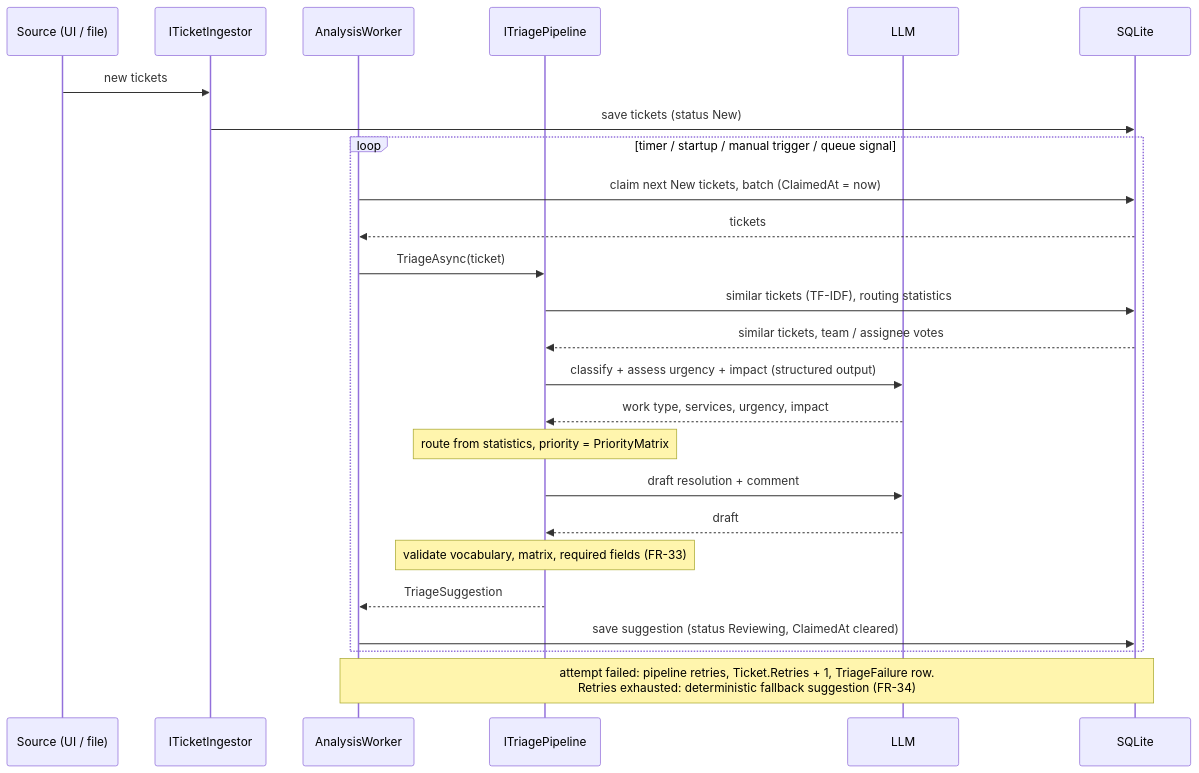
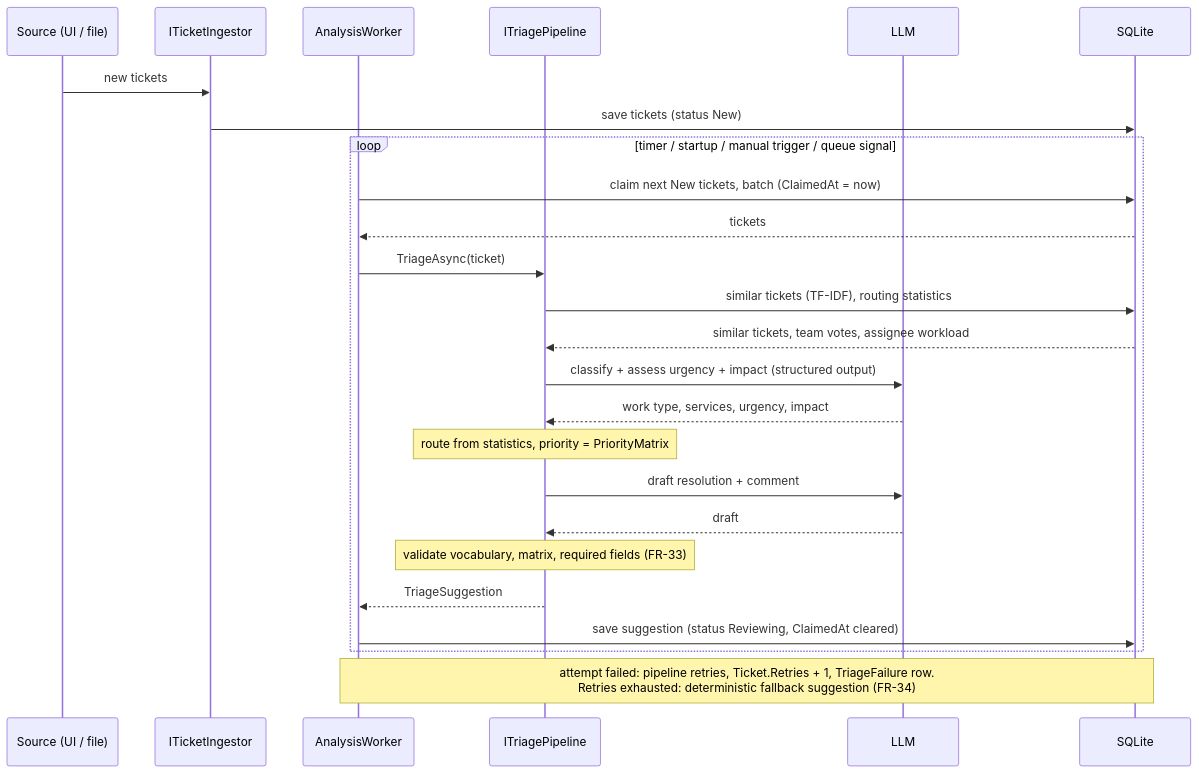
The sixth of 8 diagrams in docs/architecture.md (githubfawu/TriAIge), drawn with Mermaid before and after one commit. The commit also changed other lines of this file and 28 other files, not shown here.

````diff
--- a/docs/architecture.md
+++ b/docs/architecture.md
@@ -186,28 +186,28 @@
 ```mermaid
 sequenceDiagram
     participant S as Source (UI / file)
     participant I as ITicketIngestor
     participant W as AnalysisWorker
     participant P as ITriagePipeline
     participant L as LLM
     participant D as SQLite
 
     S->>I: new tickets
     I->>D: save tickets (status New)
     loop timer / startup / manual trigger / queue signal
         W->>D: claim next New tickets, batch (ClaimedAt = now)
         D-->>W: tickets
         W->>P: TriageAsync(ticket)
         P->>D: similar tickets (TF-IDF), routing statistics
-        D-->>P: similar tickets, team / assignee votes
+        D-->>P: similar tickets, team votes, assignee workload
         P->>L: classify + assess urgency + impact (structured output)
         L-->>P: work type, services, urgency, impact
         Note over P: route from statistics, priority = PriorityMatrix
         P->>L: draft resolution + comment
         L-->>P: draft
         Note over P: validate vocabulary, matrix, required fields (FR-33)
         P-->>W: TriageSuggestion
         W->>D: save suggestion (status Reviewing, ClaimedAt cleared)
     end
     Note over W,D: attempt failed: pipeline retries, Ticket.Retries + 1, TriageFailure row.<br/>Retries exhausted: deterministic fallback suggestion (FR-34)
 ```
````
